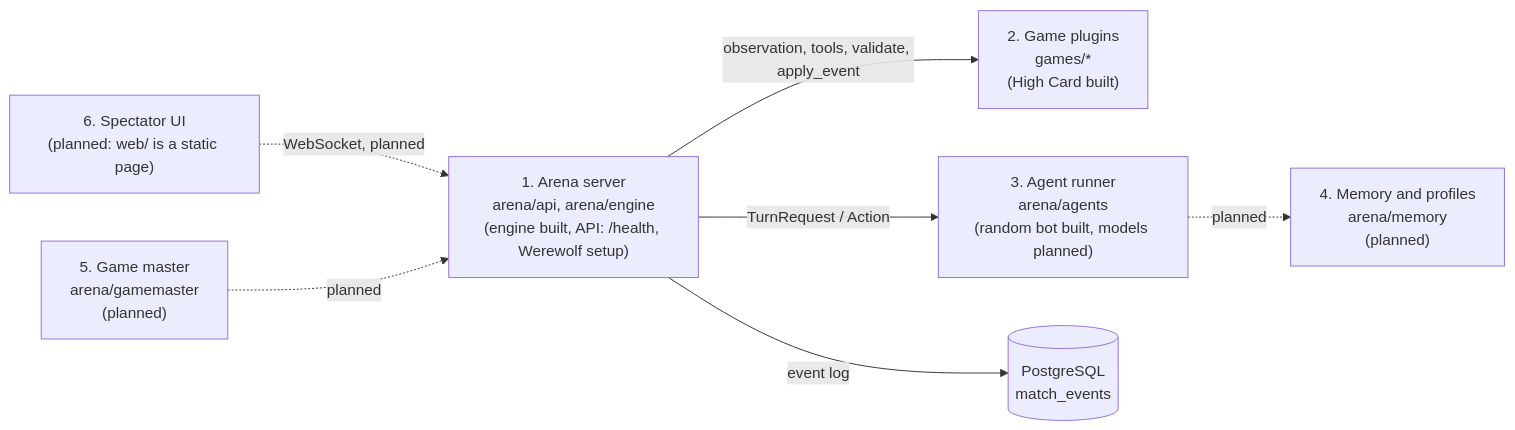
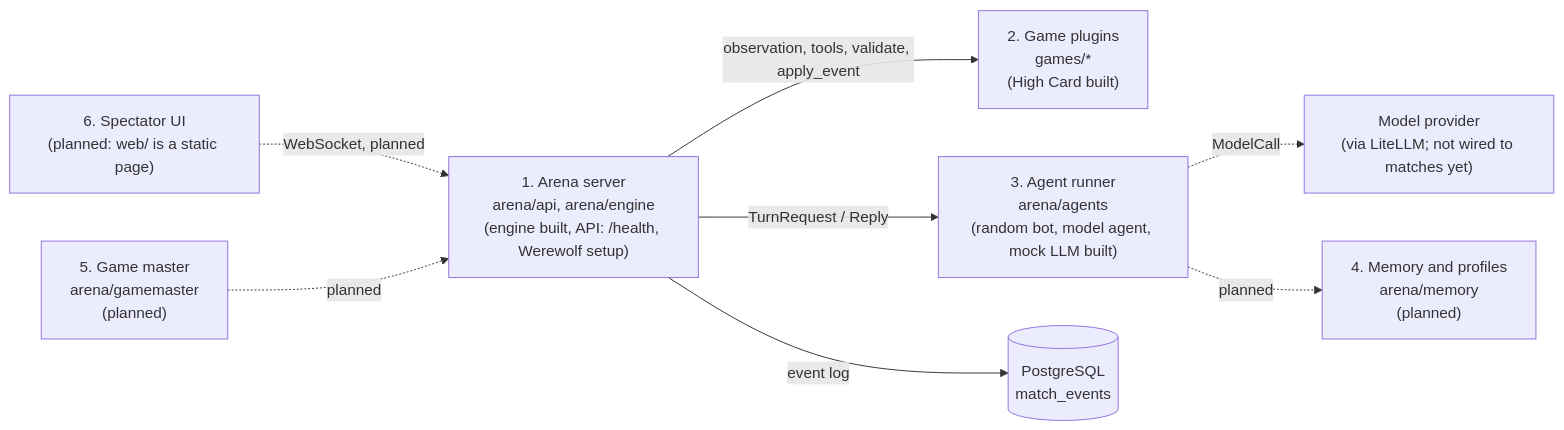
Before and after one commit to NwebNotFound/aigameversus: the first of 3 diagrams in docs/ARCHITECTURE.md, drawn with Mermaid. The commit also changed other lines of this file and 26 other files, not shown here.

Commit message:
feat: agent runner, mock LLM, turn clock and thoughts channel (step 1.4, #10)

````diff
--- a/docs/ARCHITECTURE.md
+++ b/docs/ARCHITECTURE.md
@@ -8,16 +8,18 @@
 ```mermaid
 flowchart LR
     UI["6. Spectator UI<br/>(planned: web/ is a static page)"]
     SRV["1. Arena server<br/>arena/api, arena/engine<br/>(engine built, API: /health, Werewolf setup)"]
     PLG["2. Game plugins<br/>games/*<br/>(High Card built)"]
-    AGT["3. Agent runner<br/>arena/agents<br/>(random bot built, models planned)"]
+    AGT["3. Agent runner<br/>arena/agents<br/>(random bot, model agent, mock LLM built)"]
+    LLM["Model provider<br/>(via LiteLLM; not wired to matches yet)"]
     MEM["4. Memory and profiles<br/>arena/memory<br/>(planned)"]
     GM["5. Game master<br/>arena/gamemaster<br/>(planned)"]
     DB[("PostgreSQL<br/>match_events")]
     UI -. "WebSocket, planned" .-> SRV
     SRV -->|"observation, tools, validate, apply_event"| PLG
-    SRV -->|"TurnRequest / Action"| AGT
+    SRV -->|"TurnRequest / Reply"| AGT
+    AGT -. "ModelCall" .-> LLM
     AGT -. "planned" .-> MEM
     GM -. "planned" .-> SRV
     SRV -->|"event log"| DB
 ```
````
